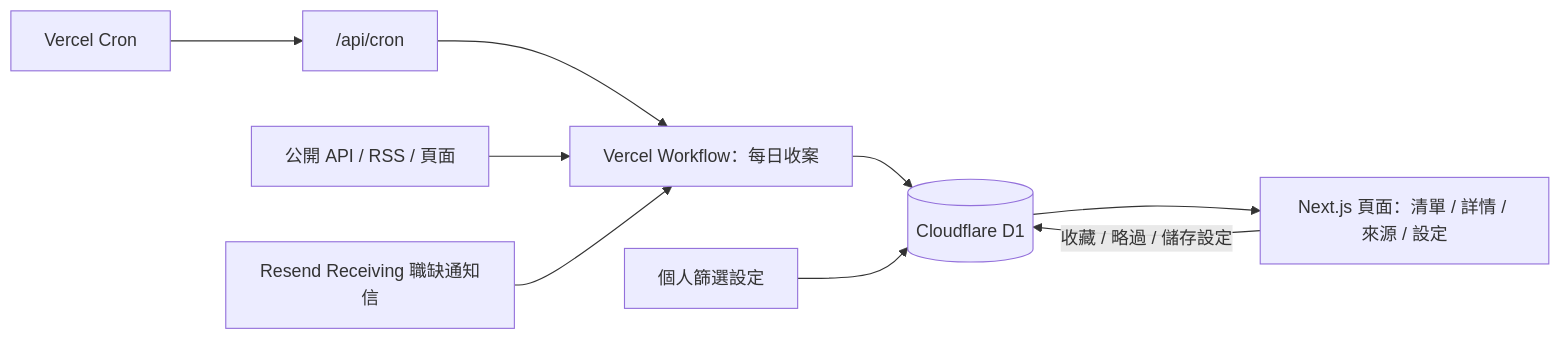
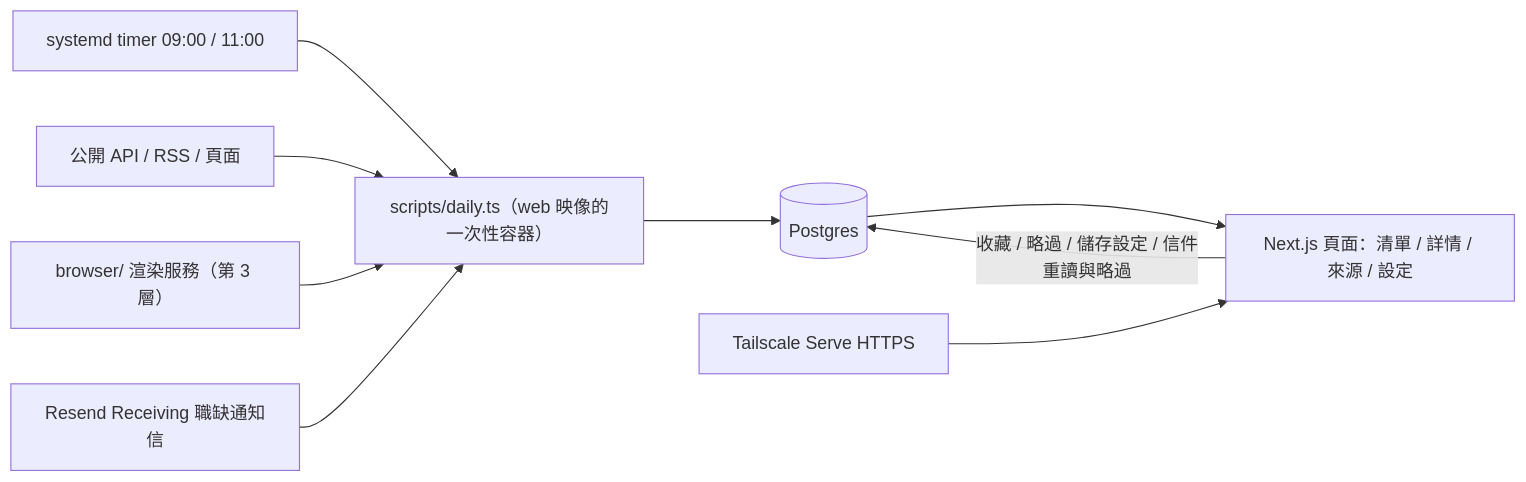
Before and after one commit to Will413028/freelance-agent: the diagram in docs/design.md, drawn with Mermaid. The commit also changed other lines of this file and 2 other files, not shown here.

````diff
--- a/docs/design.md
+++ b/docs/design.md
@@ -21,11 +18,11 @@
 ```mermaid
 flowchart LR
-  C[Vercel Cron] --> R["/api/cron"]
-  R --> W[Vercel Workflow：每日收案]
-  S[公開 API / RSS / 頁面] --> W
-  M[Resend Receiving 職缺通知信] --> W
-  W --> D[(Cloudflare D1)]
-  P[個人篩選設定] --> D
+  T[systemd timer 09:00 / 11:00] --> J["scripts/daily.ts（web 映像的一次性容器）"]
+  S[公開 API / RSS / 頁面] --> J
+  B["browser/ 渲染服務（第 3 層）"] --> J
+  M[Resend Receiving 職缺通知信] --> J
+  J --> D[(Postgres)]
   D --> U[Next.js 頁面：清單 / 詳情 / 來源 / 設定]
-  U -->|收藏 / 略過 / 儲存設定| D
+  U -->|收藏 / 略過 / 儲存設定 / 信件重讀與略過| D
+  TS[Tailscale Serve HTTPS] --> U
 ```
````
